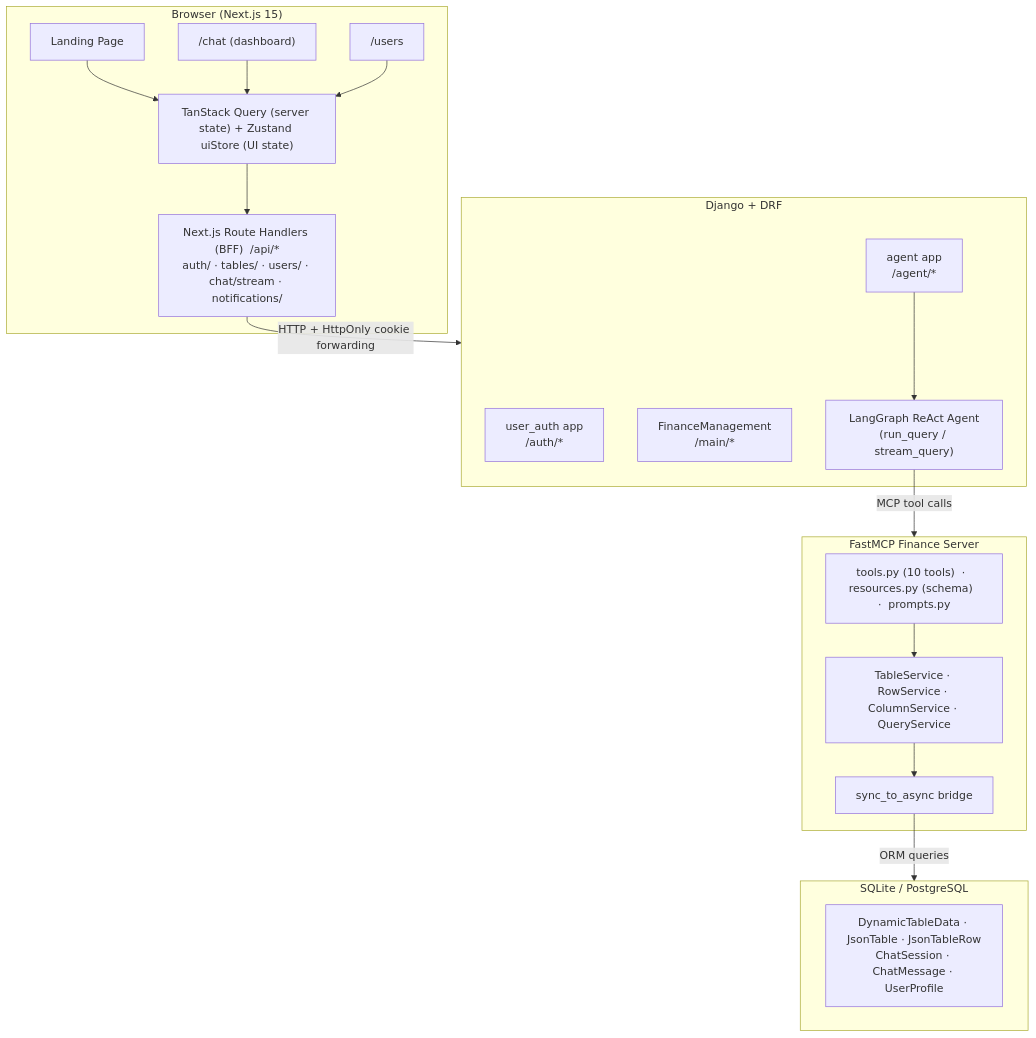
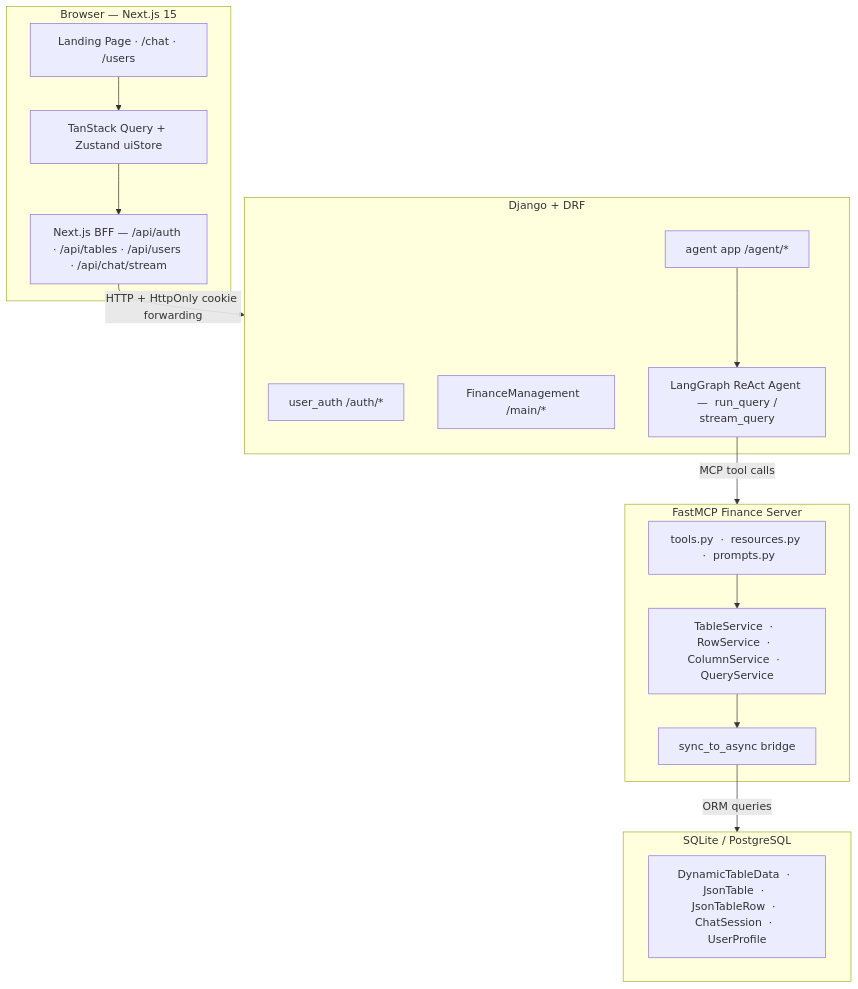
Before and after one commit to MehediHasan-75/ai_data_brain: the diagram in README.md, drawn with Mermaid.

Commit message:
docs: clean up Mermaid diagram — remove multiline labels, simplify nodes

````diff
--- a/README.md
+++ b/README.md
@@ -114,36 +114,33 @@
 ```mermaid
 flowchart TD
-    subgraph Browser["Browser (Next.js 15)"]
-        LP["Landing Page"]
-        CHAT["/chat (dashboard)"]
-        USERS["/users"]
-
-        LP & CHAT & USERS --> TSQ["TanStack Query (server state) + Zustand uiStore (UI state)"]
-        TSQ --> BFF["Next.js Route Handlers (BFF)  /api/*\nauth/ · tables/ · users/ · chat/stream · notifications/"]
+    subgraph Browser["Browser — Next.js 15"]
+        PAGES["Landing Page · /chat · /users"]
+        STATE["TanStack Query + Zustand uiStore"]
+        BFF["Next.js BFF — /api/auth · /api/tables · /api/users · /api/chat/stream"]
+        PAGES --> STATE --> BFF
     end
 
     BFF -->|"HTTP + HttpOnly cookie forwarding"| DJANGO
 
     subgraph DJANGO["Django + DRF"]
-        AUTH["user_auth app\n/auth/*"]
-        FINANCE["FinanceManagement\n/main/*"]
-        AGENT_APP["agent app\n/agent/*"]
-
-        AGENT_APP --> REACT["LangGraph ReAct Agent\n(run_query / stream_query)"]
+        AUTH["user_auth  /auth/*"]
+        MAIN["FinanceManagement  /main/*"]
+        AGENT["agent app  /agent/*"]
+        AGENT --> REACT["LangGraph ReAct Agent  —  run_query / stream_query"]
     end
 
-    REACT -->|"MCP tool calls"| MCP
+    REACT -->|"MCP tool calls"| FASTMCP
 
-    subgraph MCP["FastMCP Finance Server"]
-        TOOLS["tools.py (10 tools)  ·  resources.py (schema)  ·  prompts.py"]
-        SERVICES["TableService · RowService · ColumnService · QueryService"]
+    subgraph FASTMCP["FastMCP Finance Server"]
+        TOOLS["tools.py  ·  resources.py  ·  prompts.py"]
+        SVC["TableService  ·  RowService  ·  ColumnService  ·  QueryService"]
         BRIDGE["sync_to_async bridge"]
-        TOOLS --> SERVICES --> BRIDGE
+        TOOLS --> SVC --> BRIDGE
     end
 
     BRIDGE -->|"ORM queries"| DB
 
     subgraph DB["SQLite / PostgreSQL"]
-        MODELS["DynamicTableData · JsonTable · JsonTableRow\nChatSession · ChatMessage · UserProfile"]
+        MODELS["DynamicTableData  ·  JsonTable  ·  JsonTableRow  ·  ChatSession  ·  UserProfile"]
     end
 ```
````
